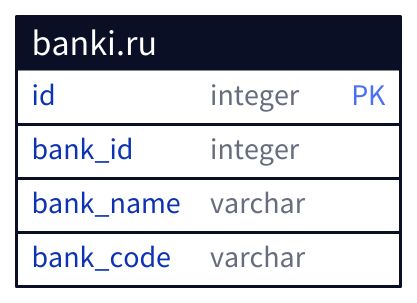
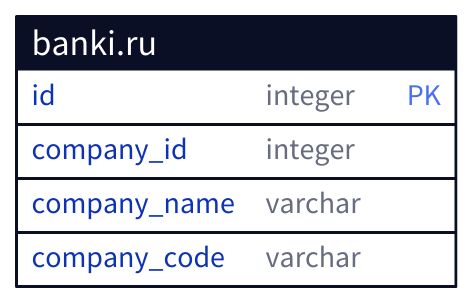
The sixth of 10 diagrams in docs/vkr.org (dudin-george/ESG_analysis), drawn with D2 before and after one commit. The commit also changed other lines of this file and 9 other files, not shown here.

```diff
--- a/docs/vkr.org
+++ b/docs/vkr.org
@@ -1261,10 +1260,10 @@
 #+begin_src d2 :exports results :file img/d2/banki_ru.png
 banki\.ru: {
   shape: sql_table
 
   id: integer {constraint: primary_key}
-  bank_id: integer
-  bank_name: varchar
-  bank_code: varchar
+  company_id: integer
+  company_name: varchar
+  company_code: varchar
 }
 #+end_src
```
